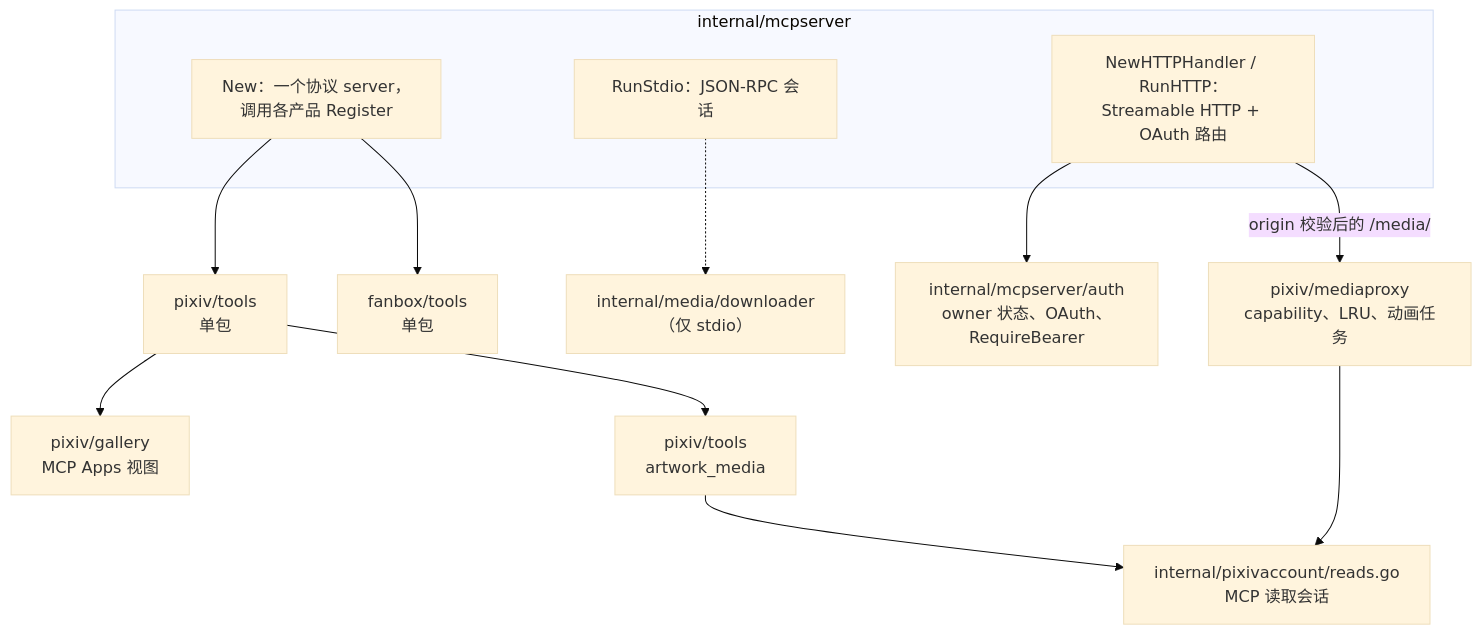
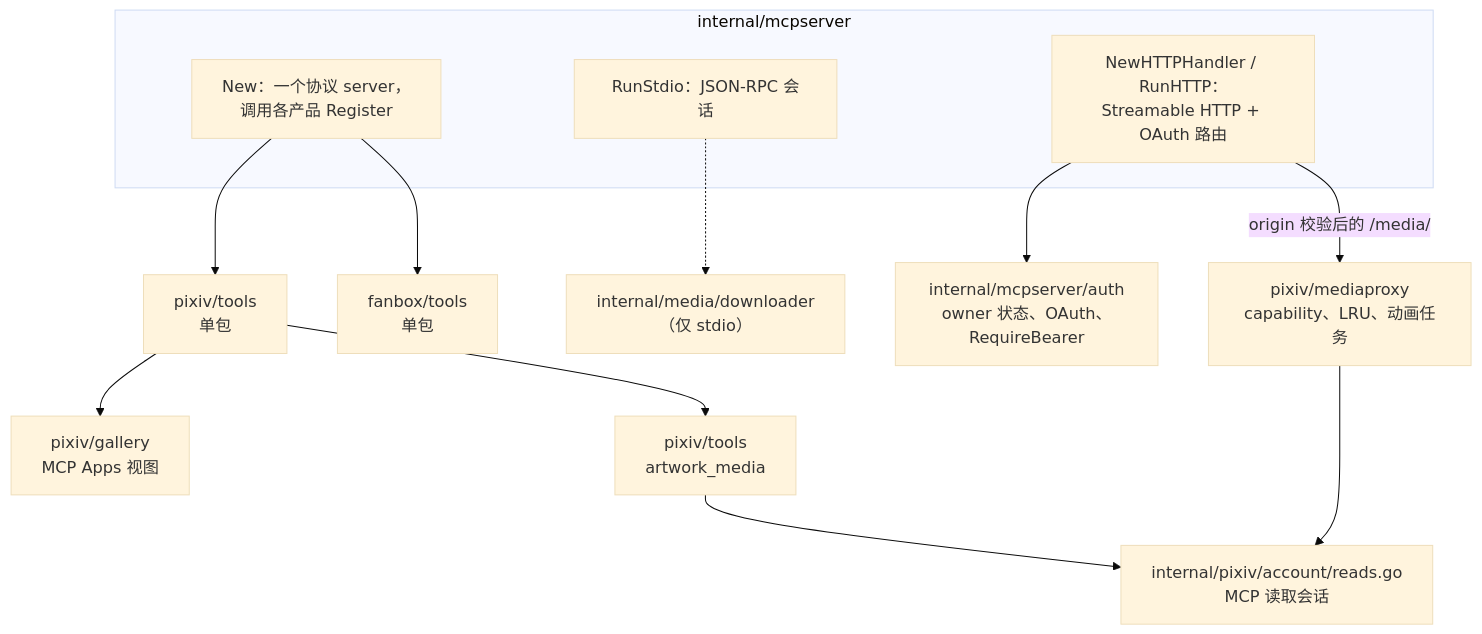
The first of 2 diagrams in docs/zh-CN/maintainers/architecture-mcp.md (FlanChanXwO/pixiv-cli), drawn with Mermaid (base theme) before and after one commit. The commit also changed other lines of this file and 204 other files, not shown here.

````diff
--- a/docs/zh-CN/maintainers/architecture-mcp.md
+++ b/docs/zh-CN/maintainers/architecture-mcp.md
@@ -7,22 +7,22 @@
 ```mermaid
 flowchart TB
     subgraph root["internal/mcpserver"]
         NEW["New：一个协议 server，<br/>调用各产品 Register"]
         STDIO["RunStdio：JSON-RPC 会话"]
         HTTP["NewHTTPHandler / RunHTTP：<br/>Streamable HTTP + OAuth 路由"]
     end
     AUTH["internal/mcpserver/auth<br/>owner 状态、OAuth、RequireBearer"]
     PX["pixiv/tools<br/>单包"]
     FB["fanbox/tools<br/>单包"]
     GAL["pixiv/gallery<br/>MCP Apps 视图"]
     MP["pixiv/mediaproxy<br/>capability、LRU、动画任务"]
     AM["pixiv/tools<br/>artwork_media"]
-    RS["internal/pixivaccount/reads.go<br/>MCP 读取会话"]
+    RS["internal/pixiv/account/reads.go<br/>MCP 读取会话"]
     DL["internal/media/downloader<br/>（仅 stdio）"]
     NEW --> PX & FB
     HTTP --> AUTH
     HTTP -->|"origin 校验后的 /media/"| MP
     PX --> GAL & AM
     AM & MP --> RS
     STDIO -.-> DL
 ```
````
